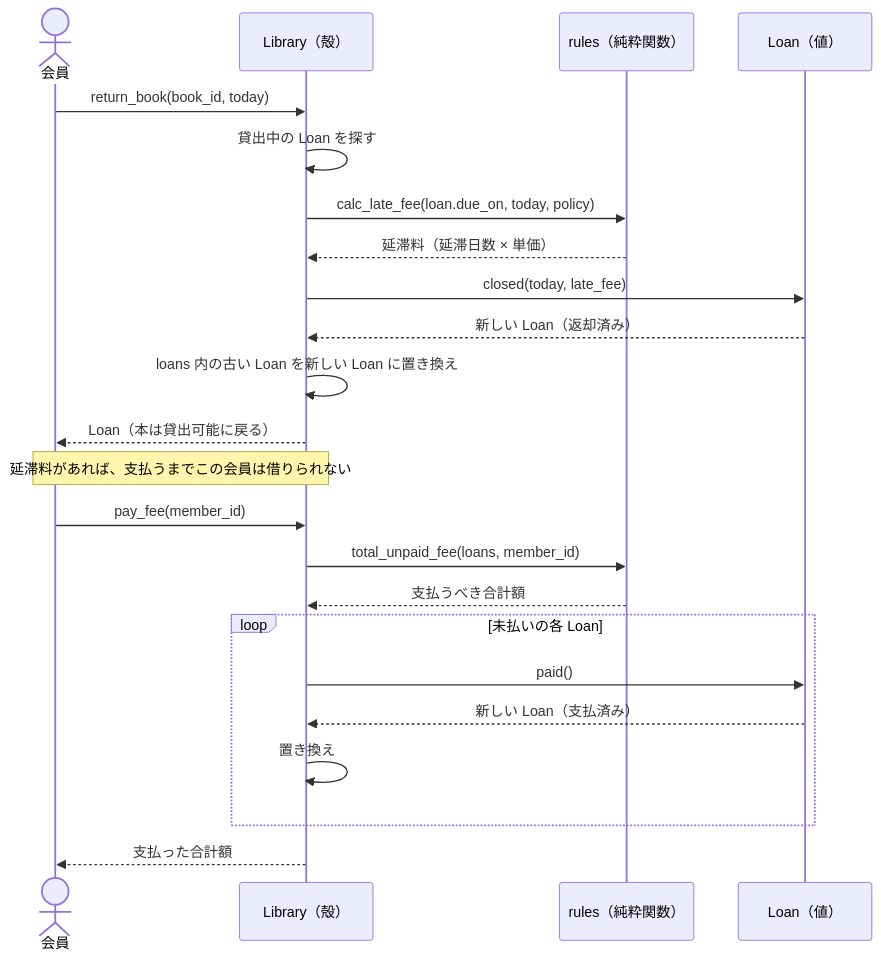
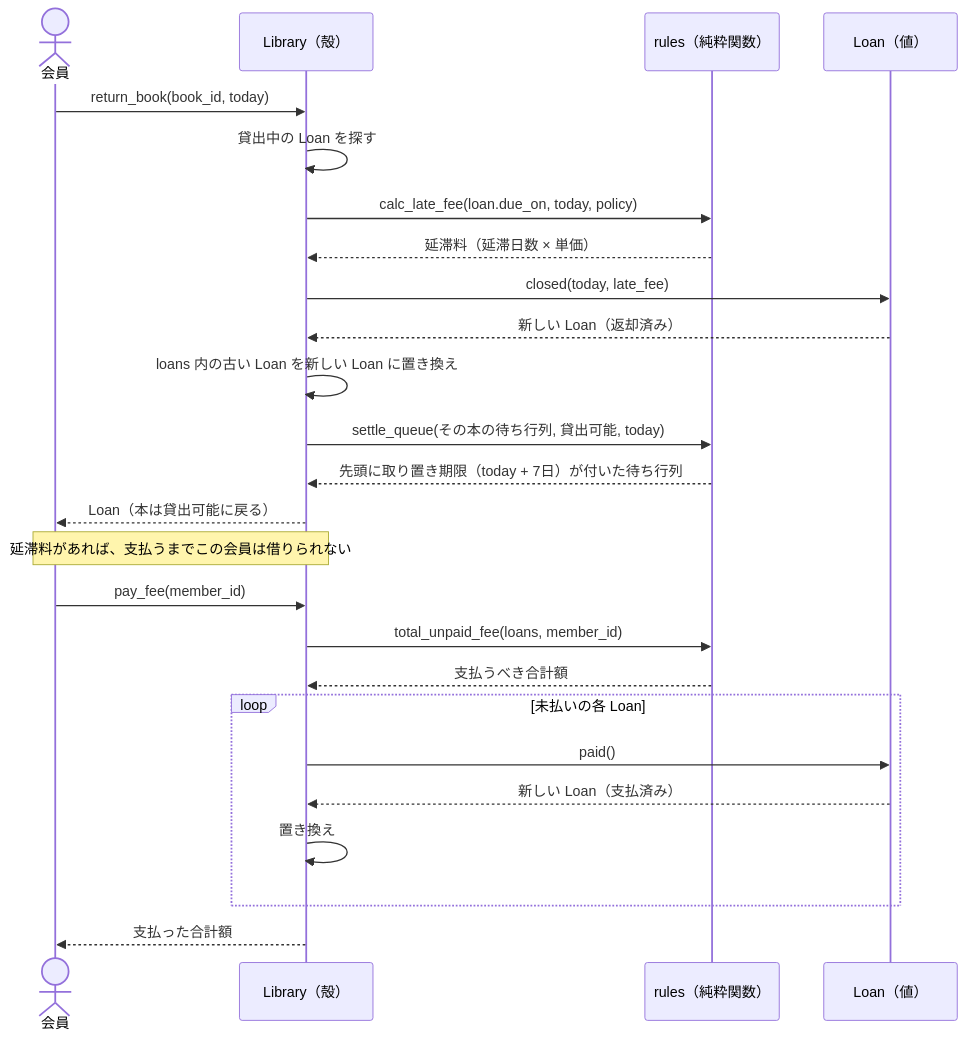
One commit to satoru-o/oop-learning-sandbox changed the seventh of 8 diagrams in 04_mini_library_system/DESIGN.md. Above: the diagram before and after it, drawn with Mermaid. The commit also changed other lines of this file and 8 other files, not shown here.

````diff
--- a/04_mini_library_system/DESIGN.md
+++ b/04_mini_library_system/DESIGN.md
@@ -256,28 +327,30 @@
 ```mermaid
 sequenceDiagram
     actor 会員
     participant Lib as Library（殻）
     participant R as rules（純粋関数）
     participant L as Loan（値）
 
     会員->>Lib: return_book(book_id, today)
     Lib->>Lib: 貸出中の Loan を探す
     Lib->>R: calc_late_fee(loan.due_on, today, policy)
     R-->>Lib: 延滞料（延滞日数 × 単価）
     Lib->>L: closed(today, late_fee)
     L-->>Lib: 新しい Loan（返却済み）
     Lib->>Lib: loans 内の古い Loan を新しい Loan に置き換え
+    Lib->>R: settle_queue(その本の待ち行列, 貸出可能, today)
+    R-->>Lib: 先頭に取り置き期限（today + 7日）が付いた待ち行列
     Lib-->>会員: Loan（本は貸出可能に戻る）
 
     Note over 会員,Lib: 延滞料があれば、支払うまでこの会員は借りられない
 
     会員->>Lib: pay_fee(member_id)
     Lib->>R: total_unpaid_fee(loans, member_id)
     R-->>Lib: 支払うべき合計額
     loop 未払いの各 Loan
         Lib->>L: paid()
         L-->>Lib: 新しい Loan（支払済み）
         Lib->>Lib: 置き換え
     end
     Lib-->>会員: 支払った合計額
 ```
````
